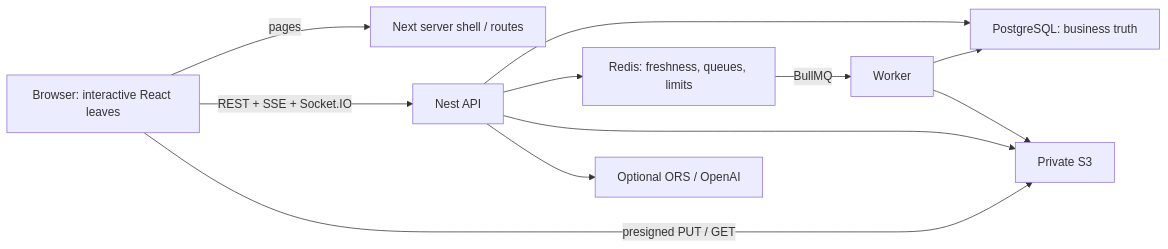
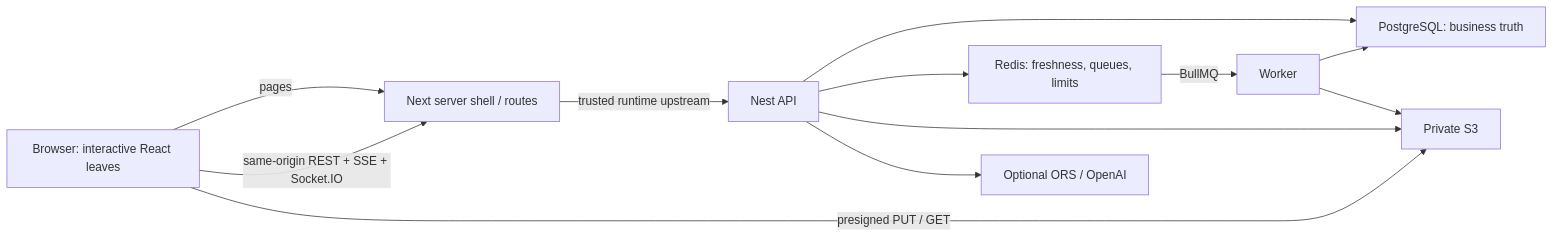
One commit to ArturPravdivtsev/tripforge changed the first of 5 diagrams in docs/portfolio-case-study.md. Above: the diagram before and after it, drawn with Mermaid. The commit also changed other lines of this file and 33 other files, not shown here.

Commit message:
fix: proxy browser API through web origin

````diff
--- a/docs/portfolio-case-study.md
+++ b/docs/portfolio-case-study.md
@@ -57,13 +57,14 @@
 ```mermaid
 flowchart LR
   B["Browser: interactive React leaves"] -->|"pages"| N["Next server shell / routes"]
-  B -->|"REST + SSE + Socket.IO"| A["Nest API"]
+  B -->|"same-origin REST + SSE + Socket.IO"| N
+  N -->|"trusted runtime upstream"| A["Nest API"]
   B -->|"presigned PUT / GET"| S["Private S3"]
   A --> P["PostgreSQL: business truth"]
   A --> R["Redis: freshness, queues, limits"]
   A --> S
   A --> X["Optional ORS / OpenAI"]
   R -->|"BullMQ"| W["Worker"]
   W --> P
   W --> S
 ```
````
